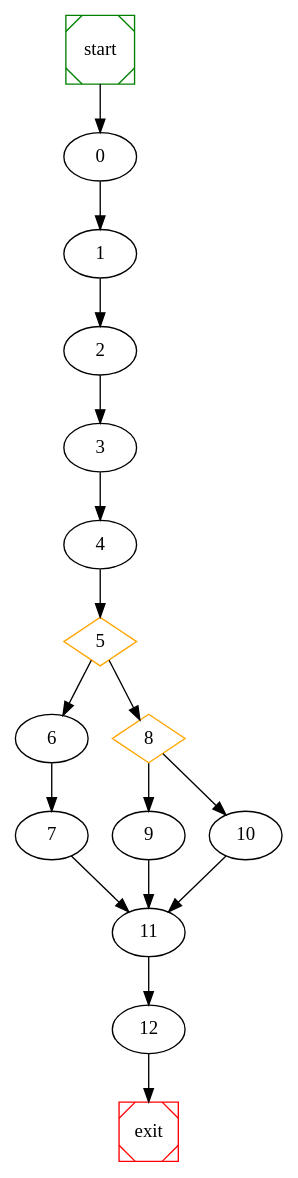
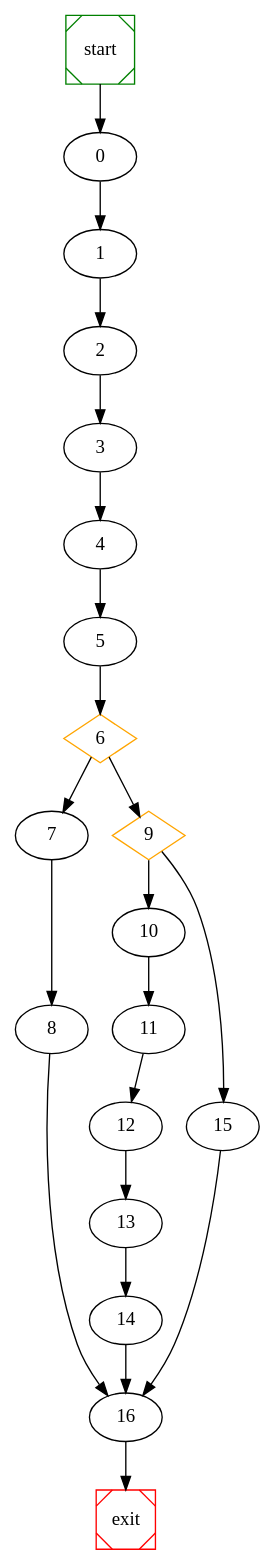
Before and after one commit to NabeelQaiser/BTP_2k18-19: the diagram in wpc/raw_graph.dot, drawn with Graphviz. The commit also changed 9 other files, not shown here.

```diff
--- a/wpc/raw_graph.dot
+++ b/wpc/raw_graph.dot
@@ -1,25 +1,29 @@
 # dot file created at runtime
 
 digraph G {
 	start -> 0;
 	0 -> 1 ;
 	1 -> 2 ;
 	2 -> 3 ;
 	3 -> 4 ;
-	5 [shape=diamond, color=orange] ;
+	4 -> 5 ;
+	6 [shape=diamond, color=orange] ;
+	7 -> 8 ;
 	6 -> 7 ;
+	9 [shape=diamond, color=orange] ;
+	6 -> 9 ;
+	10 -> 11 ;
+	11 -> 12 ;
+	12 -> 13 ;
+	13 -> 14 ;
+	9 -> 10 ;
+	9 -> 15 ;
 	5 -> 6 ;
-	8 [shape=diamond, color=orange] ;
-	5 -> 8 ;
-	8 -> 9 ;
-	8 -> 10 ;
-	4 -> 5 ;
-	10 -> 11 ;
-	9 -> 11 ;
-	7 -> 11 ;
-	11 -> 12 ;
-	12 -> exit;
+	8 -> 16 ;
+	15 -> 16 ;
+	14 -> 16 ;
+	16 -> exit;
 
 	start [shape=Msquare, color=green];
 	exit [shape=Msquare, color=red];
 }
```
